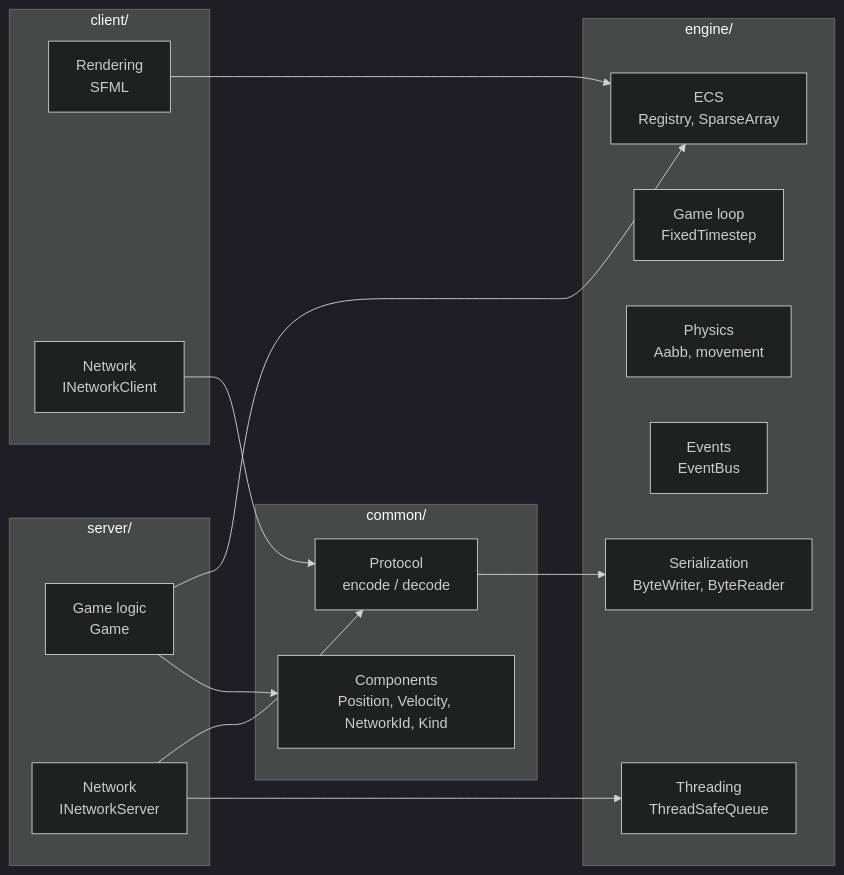
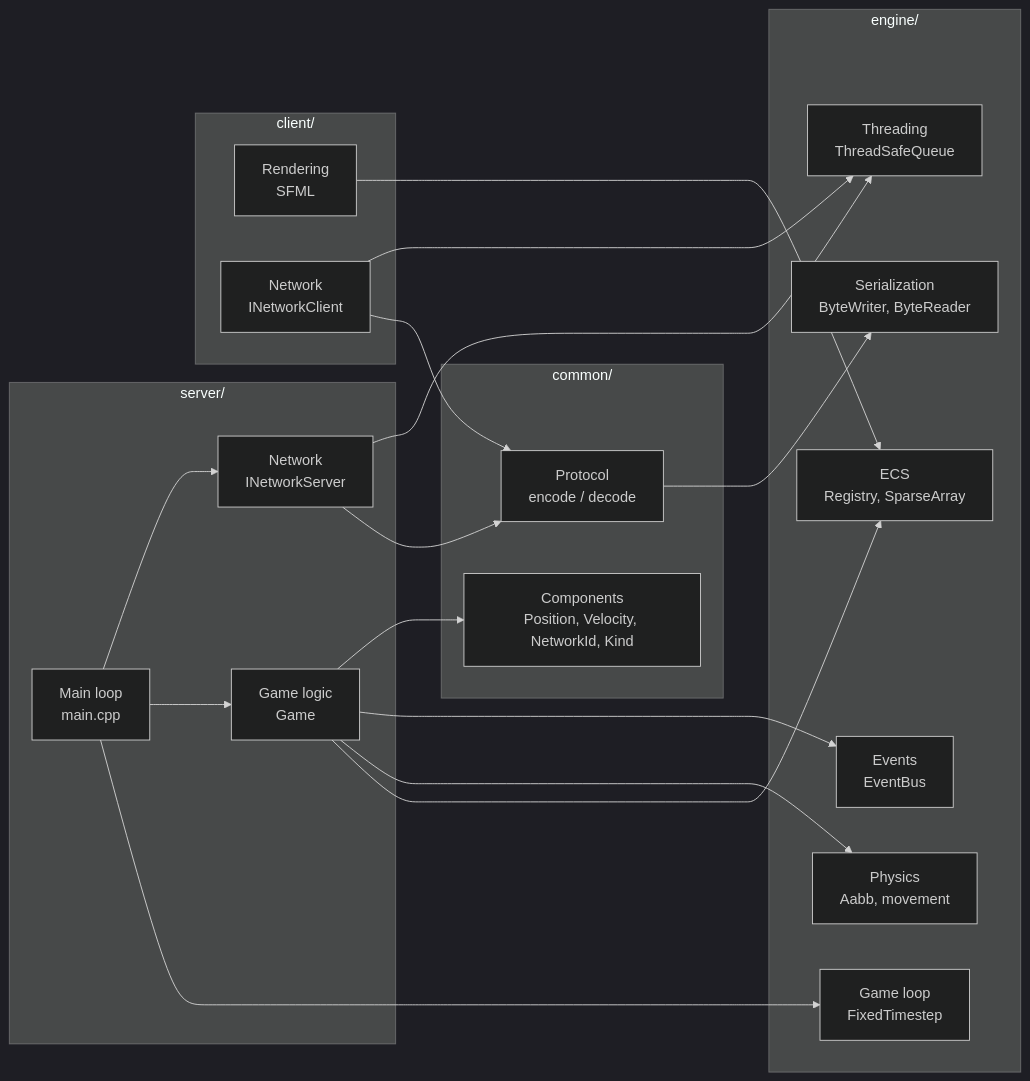
One commit to Nivek-Hyn/epitech-rtype changed the second of 6 diagrams in docs/architecture.md. Above: the diagram before and after it, drawn with Mermaid (dark theme). The commit also changed other lines of this file and 8 other files, not shown here.

````diff
--- a/docs/architecture.md
+++ b/docs/architecture.md
@@ -42,30 +45,37 @@
 ```mermaid
 flowchart LR
     subgraph Engine["engine/"]
         ECS["ECS<br/>Registry, SparseArray"]
         Loop["Game loop<br/>FixedTimestep"]
         Physics["Physics<br/>Aabb, movement"]
         Events["Events<br/>EventBus"]
         Bytes["Serialization<br/>ByteWriter, ByteReader"]
         Queue["Threading<br/>ThreadSafeQueue"]
     end
     subgraph Common["common/"]
         Protocol["Protocol<br/>encode / decode"]
         Components["Components<br/>Position, Velocity, NetworkId, Kind"]
     end
     subgraph Server["server/"]
+        ServerMain["Main loop<br/>main.cpp"]
         Game["Game logic<br/>Game"]
         ServerNet["Network<br/>INetworkServer"]
     end
     subgraph Client["client/"]
         Render["Rendering<br/>SFML"]
         ClientNet["Network<br/>INetworkClient"]
     end
     Protocol --> Bytes
+    ServerMain --> Loop
+    ServerMain --> Game
+    ServerMain --> ServerNet
     Game --> ECS
+    Game --> Physics
+    Game --> Events
     Game --> Components
     ServerNet --> Protocol
     ServerNet --> Queue
     ClientNet --> Protocol
+    ClientNet --> Queue
     Render --> ECS
 ```
````
